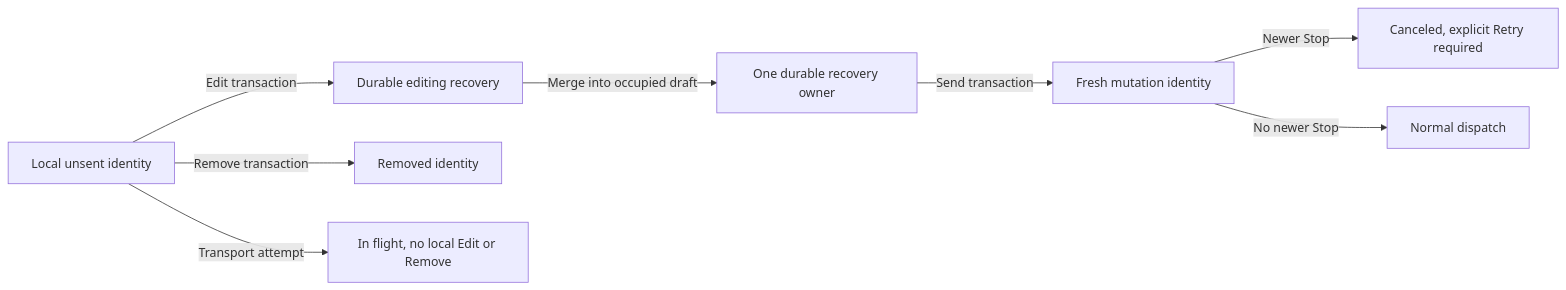
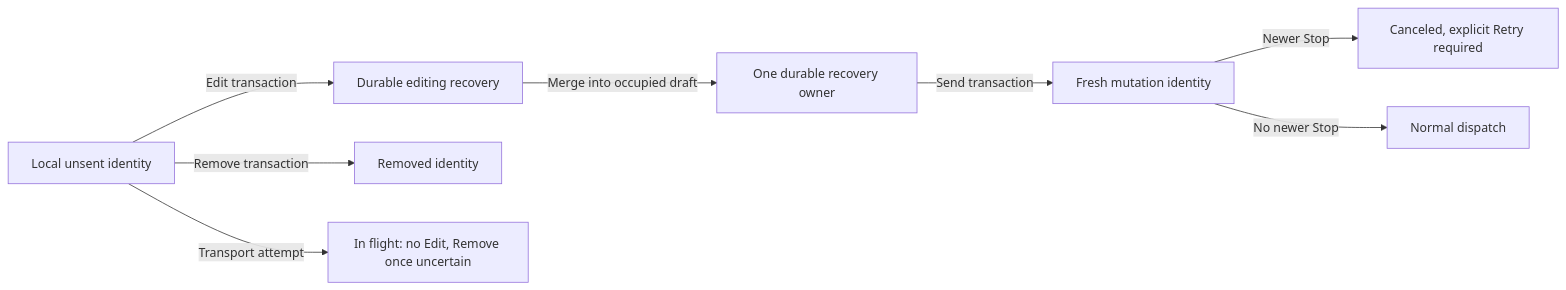
The first of 3 diagrams in docs/product/message-recovery.md (prime-radiant-inc/evener), drawn with Mermaid before and after one commit. The commit also changed other lines of this file and 11 other files, not shown here.

First line of the commit message:
fix(web): remove an uncertain row, never edit it

````diff
--- a/docs/product/message-recovery.md
+++ b/docs/product/message-recovery.md
@@ -28,10 +30,10 @@
 ```mermaid
 flowchart LR
   Local[Local unsent identity] -->|Edit transaction| Recovery[Durable editing recovery]
   Local -->|Remove transaction| Removed[Removed identity]
-  Local -->|Transport attempt| Flight[In flight, no local Edit or Remove]
+  Local -->|Transport attempt| Flight[In flight: no Edit, Remove once uncertain]
   Recovery -->|Merge into occupied draft| Owner[One durable recovery owner]
   Owner -->|Send transaction| Fresh[Fresh mutation identity]
   Fresh -->|Newer Stop| Held[Canceled, explicit Retry required]
   Fresh -->|No newer Stop| Dispatch[Normal dispatch]
 ```
````
